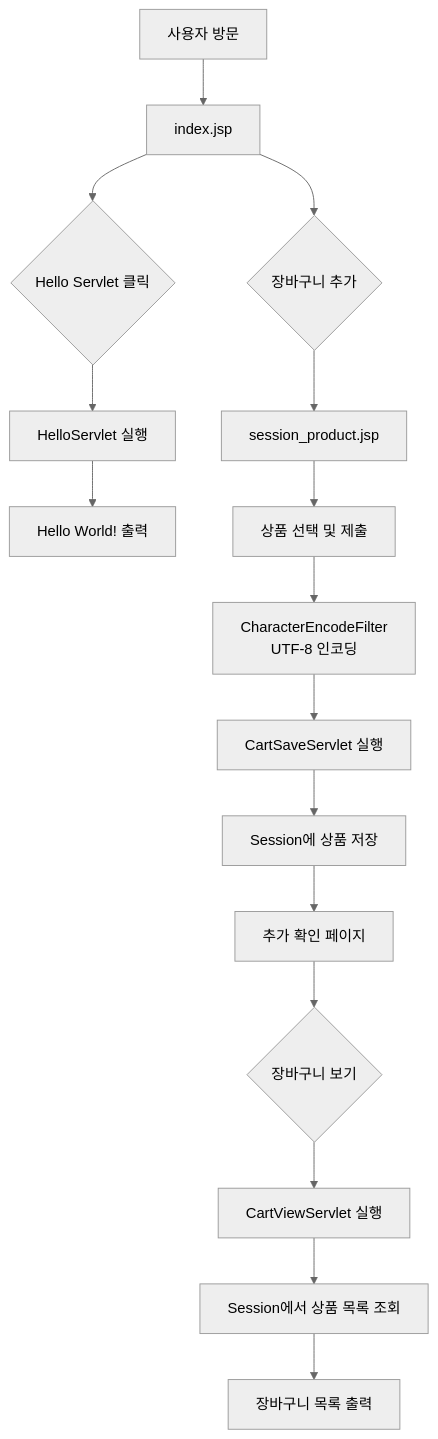
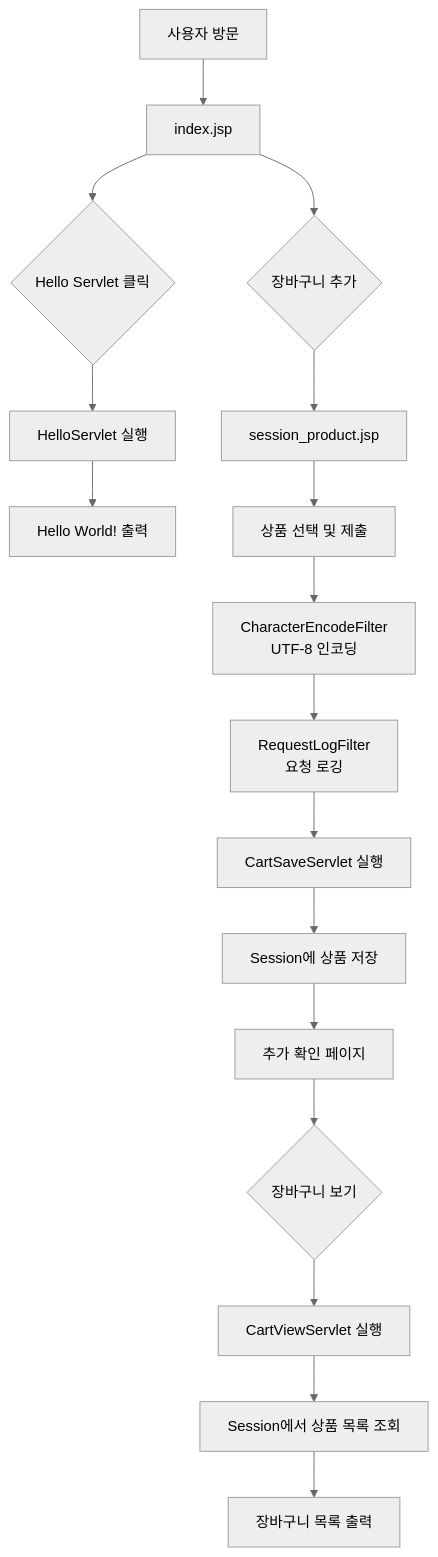
The diagram in README.md (metaapple/ex04), drawn with Mermaid (neutral theme) before and after one commit. The commit also changed other lines of this file, not shown here.

Commit message:
Update README.md: Add RequestLogFilter and Filter Chain order documentation

````diff
--- a/README.md
+++ b/README.md
@@ -36,20 +37,21 @@
 ```mermaid
 graph TD
     A[사용자 방문] --> B[index.jsp]
     B --> C{Hello Servlet 클릭}
     C --> D[HelloServlet 실행]
     D --> E[Hello World! 출력]
     
     B --> F{장바구니 추가}
     F --> G[session_product.jsp]
     G --> H[상품 선택 및 제출]
     H --> I[CharacterEncodeFilter<br/>UTF-8 인코딩]
-    I --> J[CartSaveServlet 실행]
-    J --> K[Session에 상품 저장]
-    K --> L[추가 확인 페이지]
+    I --> J[RequestLogFilter<br/>요청 로깅]
+    J --> K[CartSaveServlet 실행]
+    K --> L[Session에 상품 저장]
+    L --> M[추가 확인 페이지]
     
-    L --> M{장바구니 보기}
-    M --> N[CartViewServlet 실행]
-    N --> O[Session에서 상품 목록 조회]
-    O --> P[장바구니 목록 출력]
+    M --> N{장바구니 보기}
+    N --> O[CartViewServlet 실행]
+    O --> P[Session에서 상품 목록 조회]
+    P --> Q[장바구니 목록 출력]
 ```
````
